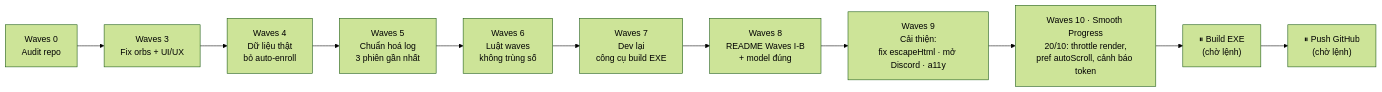
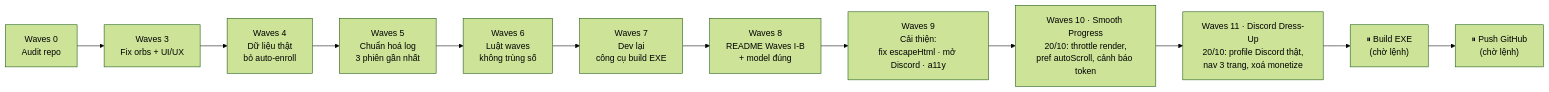
The fifth of 5 diagrams in README.md (duyzoz/AUTO-QUEST), drawn with Mermaid (forest theme) before and after one commit. The commit also changed other lines of this file and 5 other files, not shown here.

Commit message:
feat(waves 11 discord dress-up): profile Discord that (banner/avatar/decoration/clan tu CDN), nav 3 trang Auto Quest-Cai dat-Gioi thieu, xoa monetize

````diff
--- a/README.md
+++ b/README.md
@@ -151,13 +151,14 @@
 ```mermaid
 flowchart LR
     W0["Waves 0<br/>Audit repo"] --> W3["Waves 3<br/>Fix orbs + UI/UX"]
     W3 --> W4["Waves 4<br/>Dữ liệu thật<br/>bỏ auto-enroll"]
     W4 --> W5["Waves 5<br/>Chuẩn hoá log<br/>3 phiên gần nhất"]
     W5 --> W6["Waves 6<br/>Luật waves<br/>không trùng số"]
     W6 --> W7["Waves 7<br/>Dev lại<br/>công cụ build EXE"]
     W7 --> W8["Waves 8<br/>README Waves I-B<br/>+ model đúng"]
     W8 --> W9["Waves 9<br/>Cải thiện:<br/>fix escapeHtml · mở Discord · a11y"]
     W9 --> W10["Waves 10 · Smooth Progress<br/>20/10: throttle render,<br/>pref autoScroll, cảnh báo token"]
-    W10 --> B["⏸ Build EXE<br/>(chờ lệnh)"]
+    W10 --> W11["Waves 11 · Discord Dress-Up<br/>20/10: profile Discord thật,<br/>nav 3 trang, xoá monetize"]
+    W11 --> B["⏸ Build EXE<br/>(chờ lệnh)"]
     B --> P["⏸ Push GitHub<br/>(chờ lệnh)"]
 ```
````
